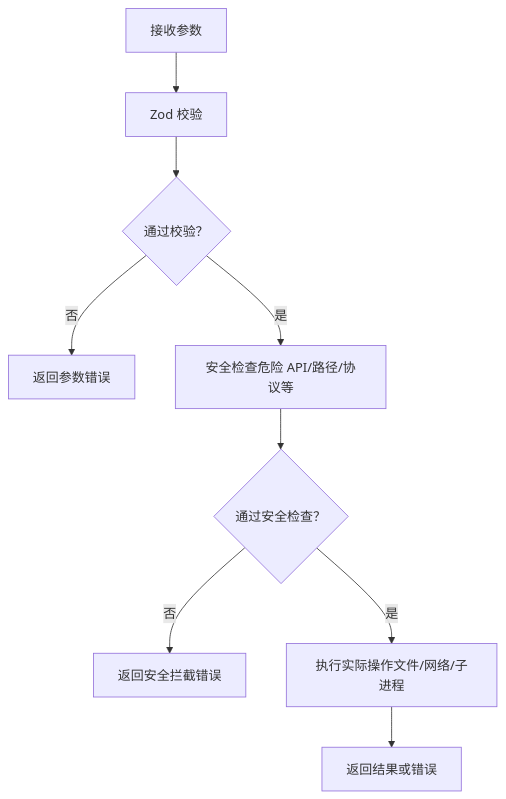
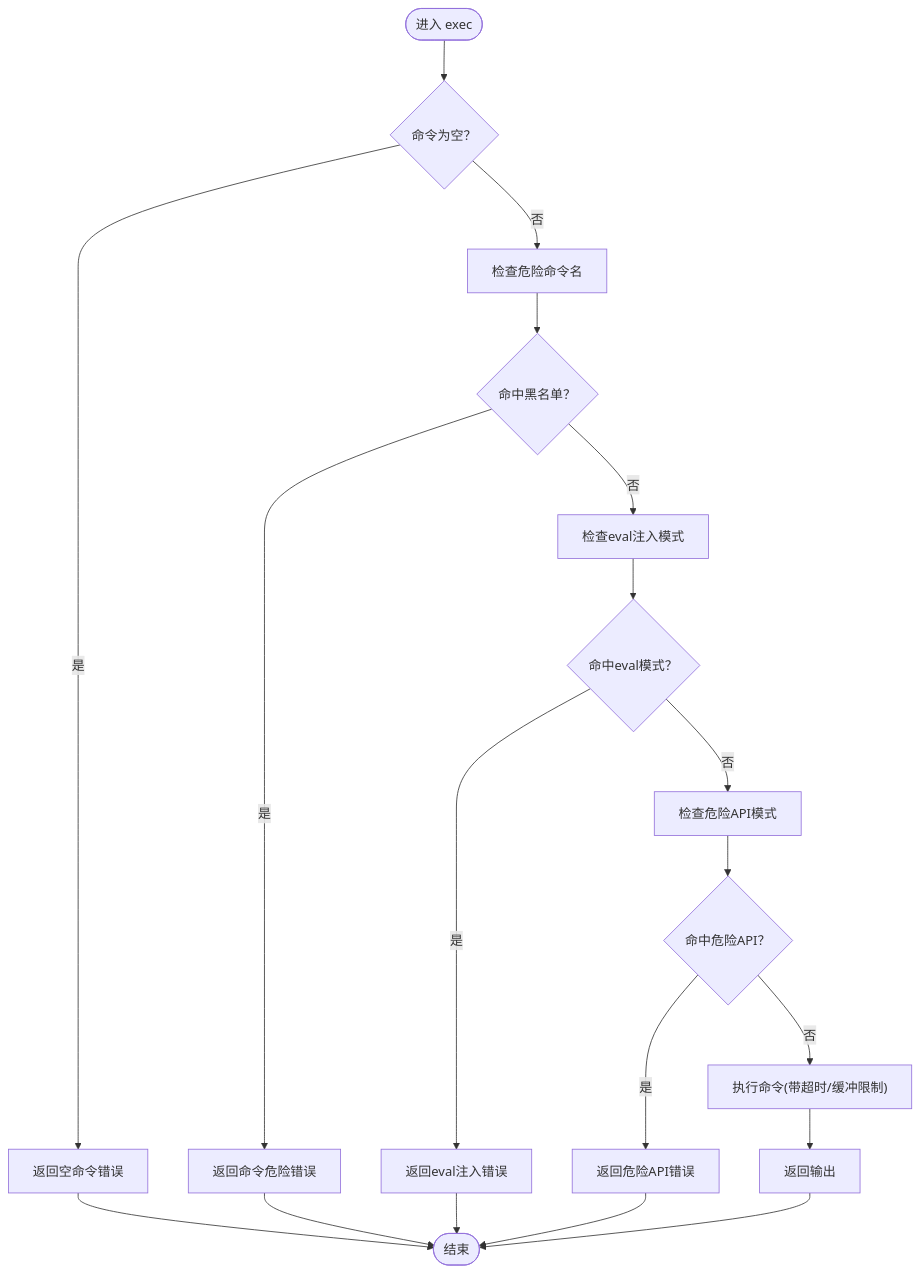
One commit to HAOFUYANG/onion-code changed the fifth of 7 diagrams in .qoder/repowiki/zh/content/工具系统/工具系统.md. Above: the diagram before and after it, drawn with Mermaid. The commit also changed other lines of this file and 58 other files, not shown here.

````diff
--- a/.qoder/repowiki/zh/content/工具系统/工具系统.md
+++ b/.qoder/repowiki/zh/content/工具系统/工具系统.md
@@ -359,11 +223,21 @@
 ```mermaid
 flowchart TD
-A["接收参数"] --> B["Zod 校验"]
-B --> C{"通过校验？"}
-C --> |否| E["返回参数错误"]
-C --> |是| D["安全检查危险 API/路径/协议等"]
-D --> F{"通过安全检查？"}
-F --> |否| G["返回安全拦截错误"]
-F --> |是| H["执行实际操作文件/网络/子进程"]
-H --> I["返回结果或错误"]
+Start(["进入 exec"]) --> Empty{"命令为空？"}
+Empty --> |是| ErrEmpty["返回空命令错误"]
+Empty --> |否| CheckCmd["检查危险命令名"]
+CheckCmd --> BlockedCmd{"命中黑名单？"}
+BlockedCmd --> |是| BlockCmd["返回命令危险错误"]
+BlockedCmd --> |否| CheckEval["检查eval注入模式"]
+CheckEval --> BlockedEval{"命中eval模式？"}
+BlockedEval --> |是| BlockEval["返回eval注入错误"]
+BlockedEval --> |否| CheckAPI["检查危险API模式"]
+CheckAPI --> BlockedAPI{"命中危险API？"}
+BlockedAPI --> |是| BlockAPI["返回危险API错误"]
+BlockedAPI --> |否| Exec["执行命令(带超时/缓冲限制)"]
+Exec --> Ok["返回输出"]
+ErrEmpty --> End(["结束"])
+BlockCmd --> End
+BlockEval --> End
+BlockAPI --> End
+Ok --> End
 ```
````
